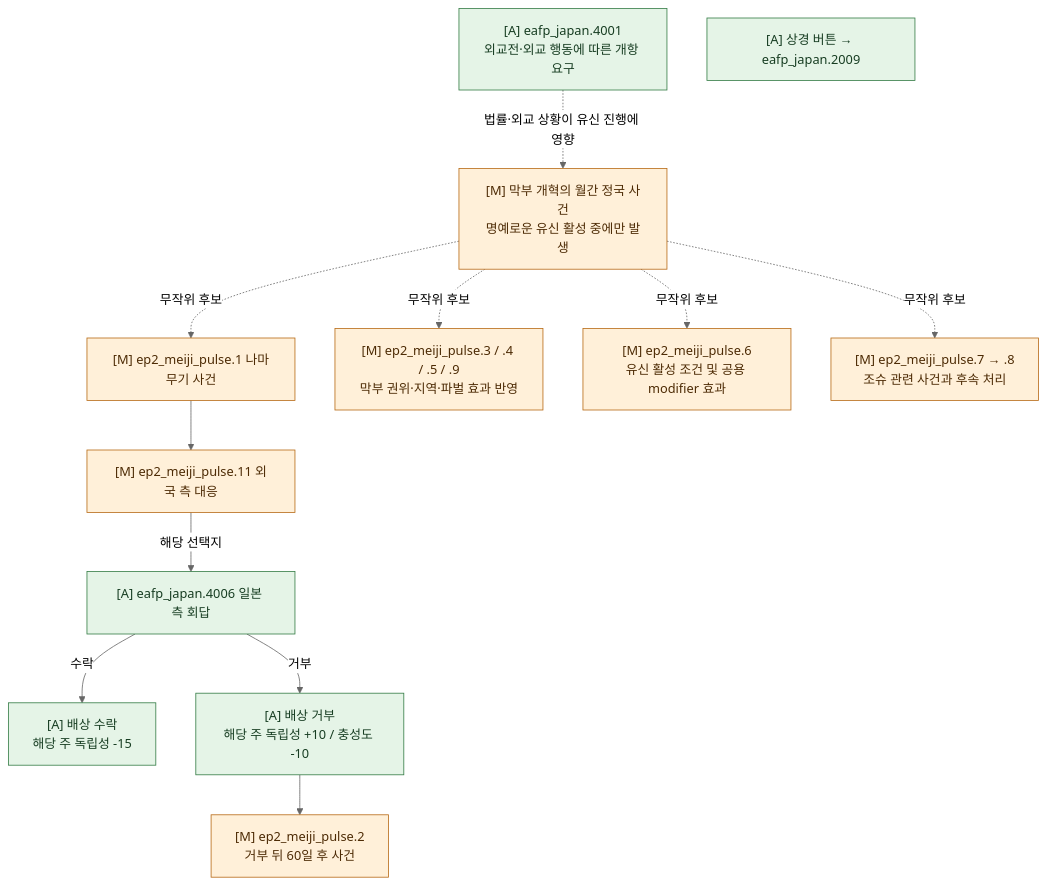
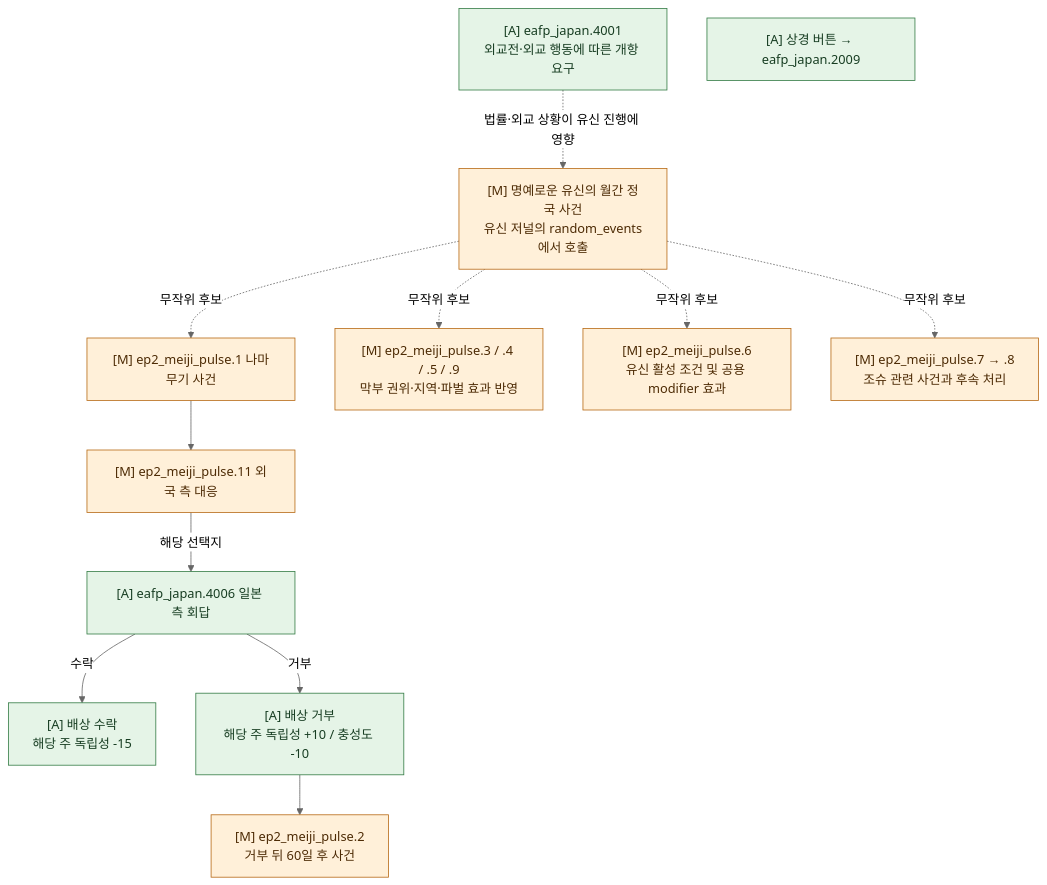
The seventh of 13 diagrams in documentation/japan_content.md (East-Asia-Flavor-Pack/East-Asia-Flavor-Pack), drawn with Mermaid (neutral theme) before and after one commit. The commit also changed other lines of this file and 3 other files, not shown here.

````diff
--- a/documentation/japan_content.md
+++ b/documentation/japan_content.md
@@ -703,31 +703,31 @@
 ```mermaid
 flowchart TD
-    J["[M] 막부 개혁의 월간 정국 사건<br/>명예로운 유신 활성 중에만 발생"]:::M
+    J["[M] 명예로운 유신의 월간 정국 사건<br/>유신 저널의 random_events에서 호출"]:::M
     N["[M] ep2_meiji_pulse.1 나마무기 사건"]:::M
     GP["[M] ep2_meiji_pulse.11 외국 측 대응"]:::M
     REPLY["[A] eafp_japan.4006 일본 측 회답"]:::A
     PAY["[A] 배상 수락<br/>해당 주 독립성 -15"]:::A
     REFUSE["[A] 배상 거부<br/>해당 주 독립성 +10 / 충성도 -10"]:::A
     BOMB["[M] ep2_meiji_pulse.2<br/>거부 뒤 60일 후 사건"]:::M
     PULSE["[M] ep2_meiji_pulse.3 / .4 / .5 / .9<br/>막부 권위·지역·파벌 효과 반영"]:::M
     IKEDA["[M] ep2_meiji_pulse.6<br/>유신 활성 조건 및 공용 modifier 효과"]:::M
     CHO["[M] ep2_meiji_pulse.7 → .8<br/>조슈 관련 사건과 후속 처리"]:::M
     OPEN["[A] eafp_japan.4001<br/>외교전·외교 행동에 따른 개항 요구"]:::A
     VISIT["[A] 상경 버튼 → eafp_japan.2009"]:::A
     J -. "무작위 후보" .-> N
     N --> GP
     GP -->|해당 선택지| REPLY
     REPLY -->|수락| PAY
     REPLY -->|거부| REFUSE
     REFUSE --> BOMB
     J -. "무작위 후보" .-> PULSE
     J -. "무작위 후보" .-> IKEDA
     J -. "무작위 후보" .-> CHO
     OPEN -. "법률·외교 상황이 유신 진행에 영향" .-> J
     classDef V fill:#e7f0fc,stroke:#35689a,color:#172b45;
     classDef M fill:#fff0d9,stroke:#b76a16,color:#4d2b05;
     classDef A fill:#e5f4e7,stroke:#347c45,color:#173d22;
     classDef U fill:#eeeeee,stroke:#777777,color:#333333,stroke-dasharray:5 5;
     classDef N fill:#f4f4f4,stroke:#777777,color:#333333;
 
 ```
````
